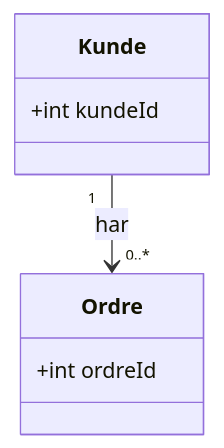
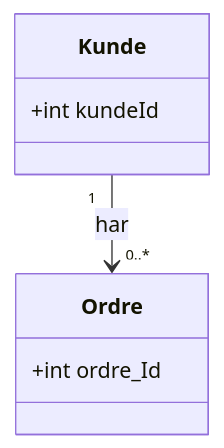
One commit to Tine-m/uml-demo changed the diagram in README.md. Above: the diagram before and after it, drawn with Mermaid.

Commit message:
Fix variable name in Ordre class
Updated ordreId variable to ordre_Id in Ordre class.

````diff
--- a/README.md
+++ b/README.md
@@ -3,12 +3,12 @@
 ```mermaid
 classDiagram
     Kunde "1" --> "0..*" Ordre : har
     
     class Kunde {
         +int kundeId
     }
     
     class Ordre {
-        +int ordreId
+        +int ordre_Id
     }
 ```
````
